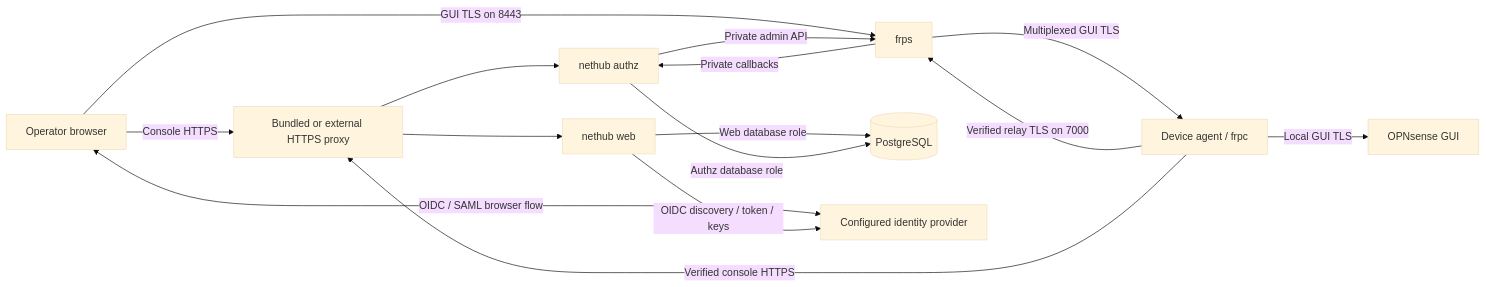
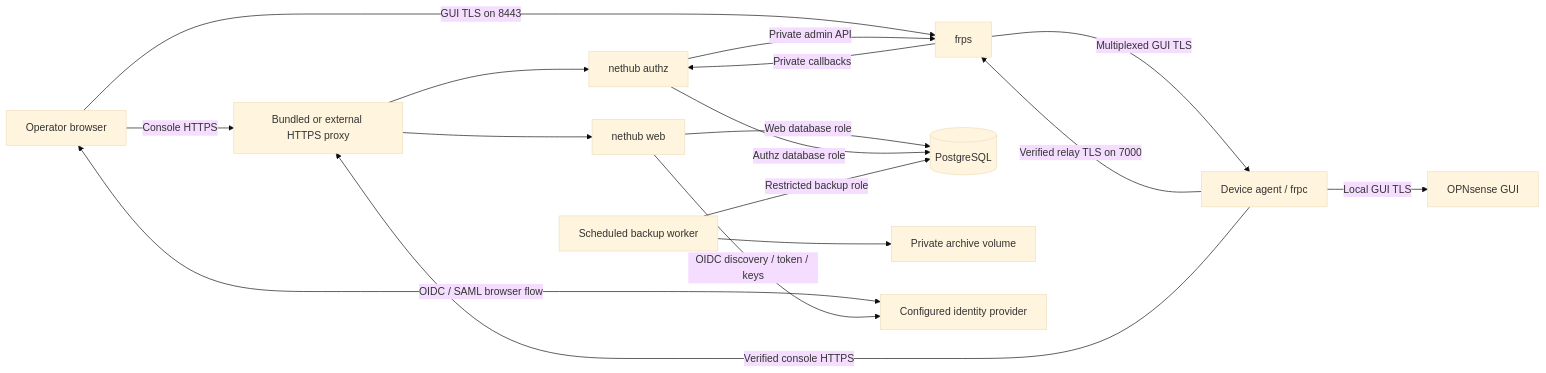
One commit to KazuhaHub/nethub changed the diagram in docs/threat-model.md. Above: the diagram before and after it, drawn with Mermaid (base theme). The commit also changed other lines of this file, not shown here.

Commit message:
docs: update backup and rotation threat boundaries

````diff
--- a/docs/threat-model.md
+++ b/docs/threat-model.md
@@ -42,17 +42,19 @@
 ```mermaid
 flowchart LR
   Browser[Operator browser] -->|Console HTTPS| Edge[Bundled or external HTTPS proxy]
   Browser -->|GUI TLS on 8443| Relay[frps]
   Agent[Device agent / frpc] -->|Verified relay TLS on 7000| Relay
   Relay -->|Multiplexed GUI TLS| Agent
   Agent -->|Local GUI TLS| GUI[OPNsense GUI]
   Agent -->|Verified console HTTPS| Edge
   Edge --> Web[nethub web]
   Edge --> Authz[nethub authz]
   Relay -->|Private callbacks| Authz
   Authz -->|Private admin API| Relay
   Web -->|Web database role| DB[(PostgreSQL)]
   Authz -->|Authz database role| DB
+  Backup[Scheduled backup worker] -->|Restricted backup role| DB
+  Backup --> Archives[Private archive volume]
   Browser <-->|OIDC / SAML browser flow| IdP[Configured identity provider]
   Web -->|OIDC discovery / token / keys| IdP
 ```
````
